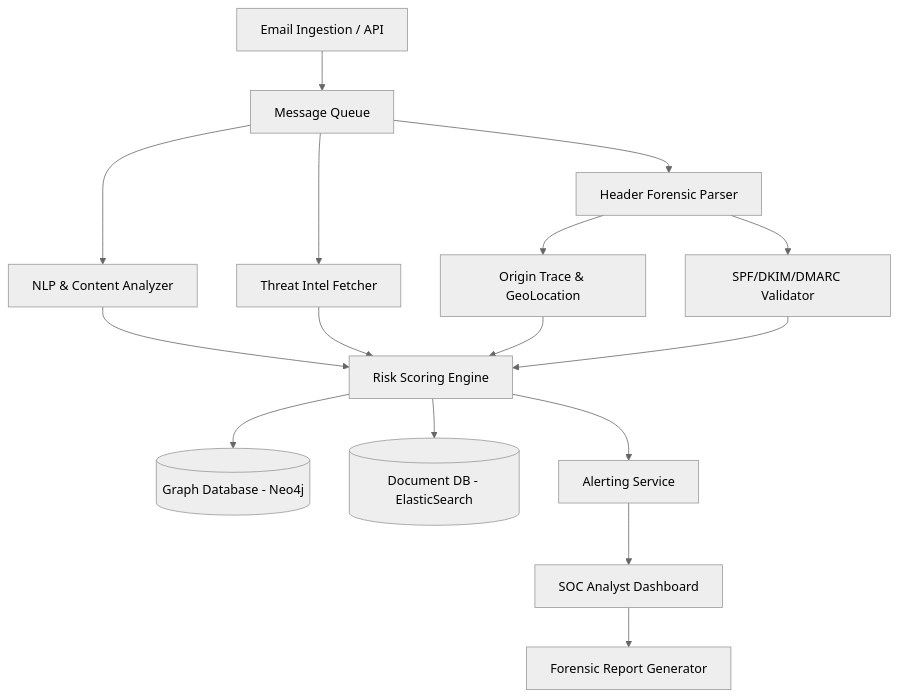
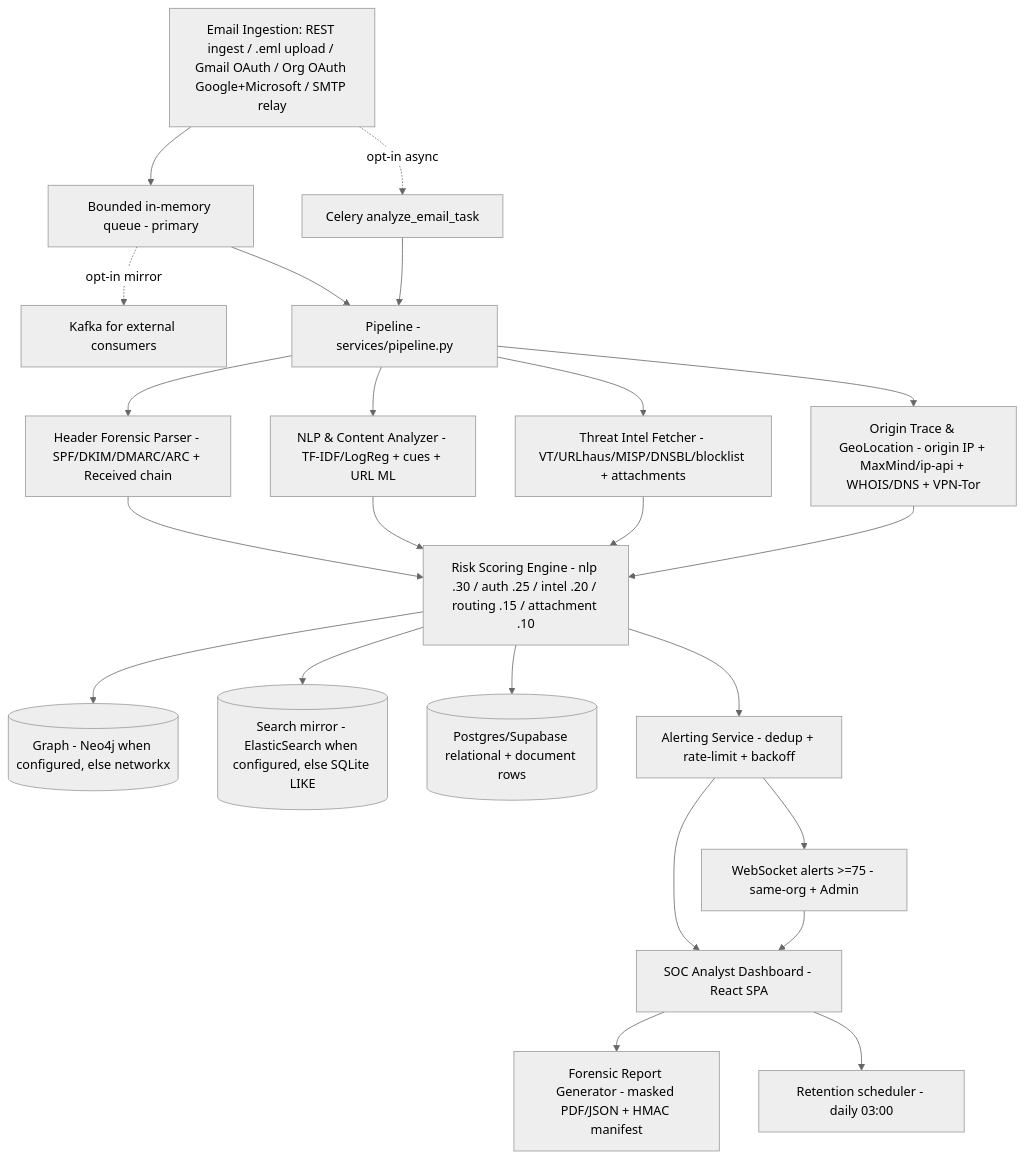
The diagram in Design.md (anubhab7105/ThreatOptic), drawn with Mermaid (neutral theme) before and after one commit. The commit also changed other lines of this file and 11 other files, not shown here.

````diff
--- a/Design.md
+++ b/Design.md
@@ -5,22 +5,28 @@
 ```mermaid
 graph TD;
-    A[Email Ingestion / API] --> B[Message Queue]
-    B --> C[Header Forensic Parser]
-    B --> D[NLP & Content Analyzer]
-    B --> E[Threat Intel Fetcher]
+    A[Email Ingestion: REST ingest / .eml upload / Gmail OAuth / Org OAuth Google+Microsoft / SMTP relay] --> Q[Bounded in-memory queue - primary]
+    Q -. opt-in mirror .-> K[Kafka for external consumers]
+    A -. opt-in async .-> C[Celery analyze_email_task]
+    Q --> B[Pipeline - services/pipeline.py]
+    C --> B
+    B --> C1[Header Forensic Parser - SPF/DKIM/DMARC/ARC + Received chain]
+    B --> D[NLP & Content Analyzer - TF-IDF/LogReg + cues + URL ML]
+    B --> E[Threat Intel Fetcher - VT/URLhaus/MISP/DNSBL/blocklist + attachments]
+    B --> F[Origin Trace & GeoLocation - origin IP + MaxMind/ip-api + WHOIS/DNS + VPN-Tor]
     
-    C --> F[Origin Trace & GeoLocation]
-    C --> G[SPF/DKIM/DMARC Validator]
-    
-    D --> H[Risk Scoring Engine]
+    C1 --> H[Risk Scoring Engine - nlp .30 / auth .25 / intel .20 / routing .15 / attachment .10]
+    D --> H
     E --> H
     F --> H
-    G --> H
     
-    H --> I[(Graph Database - Neo4j)]
-    H --> J[(Document DB - ElasticSearch)]
+    H --> I[(Graph - Neo4j when configured, else networkx)]
+    H --> J[(Search mirror - ElasticSearch when configured, else SQLite LIKE)]
+    H --> DB[(Postgres/Supabase relational + document rows)]
     
-    H --> K[Alerting Service]
-    K --> L[SOC Analyst Dashboard]
-    L --> M[Forensic Report Generator]
+    H --> K2[Alerting Service - dedup + rate-limit + backoff]
+    K2 --> W[WebSocket alerts >=75 - same-org + Admin]
+    K2 --> L[SOC Analyst Dashboard - React SPA]
+    W --> L
+    L --> M[Forensic Report Generator - masked PDF/JSON + HMAC manifest]
+    L --> R[Retention scheduler - daily 03:00]
 ```
````
